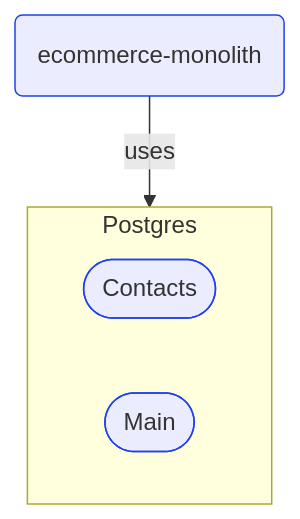
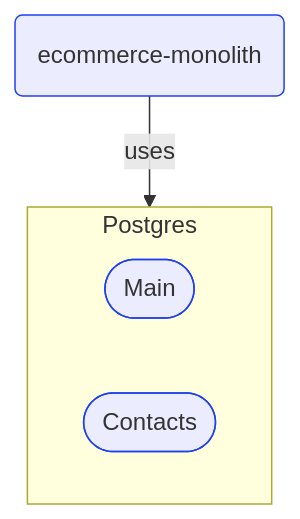
The third of 4 diagrams in Docs/P3/MermaidOutput/Technology/DeployableUnits/EcommerceMonolith.md (itlibrium/DDD-starter-dotnet), drawn with Mermaid before and after one commit. The commit also changed other lines of this file and 1 other file, not shown here.

````diff
--- a/Docs/P3/MermaidOutput/Technology/DeployableUnits/EcommerceMonolith.md
+++ b/Docs/P3/MermaidOutput/Technology/DeployableUnits/EcommerceMonolith.md
@@ -123,15 +85,15 @@
 ```mermaid
   flowchart TB
     0(ecommerce-monolith)
     class 0 TechnologyPerspective
     subgraph 1["Postgres"]
-      2([Contacts])
+      2([Main])
       class 2 TechnologyPerspective
-      3([Main])
+      3([Contacts])
       class 3 TechnologyPerspective
     end
     0-->|uses|1
     classDef DomainPerspective stroke:#009900
     classDef TechnologyPerspective stroke:#1F41EB
     classDef PeoplePerspective stroke:#FFF014
 ```
````
